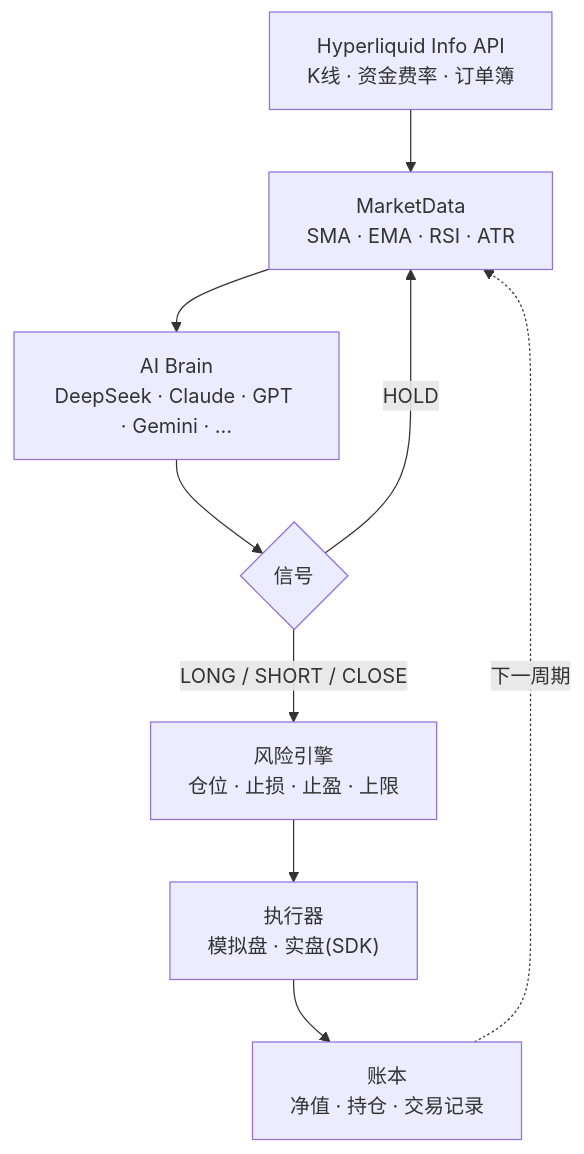
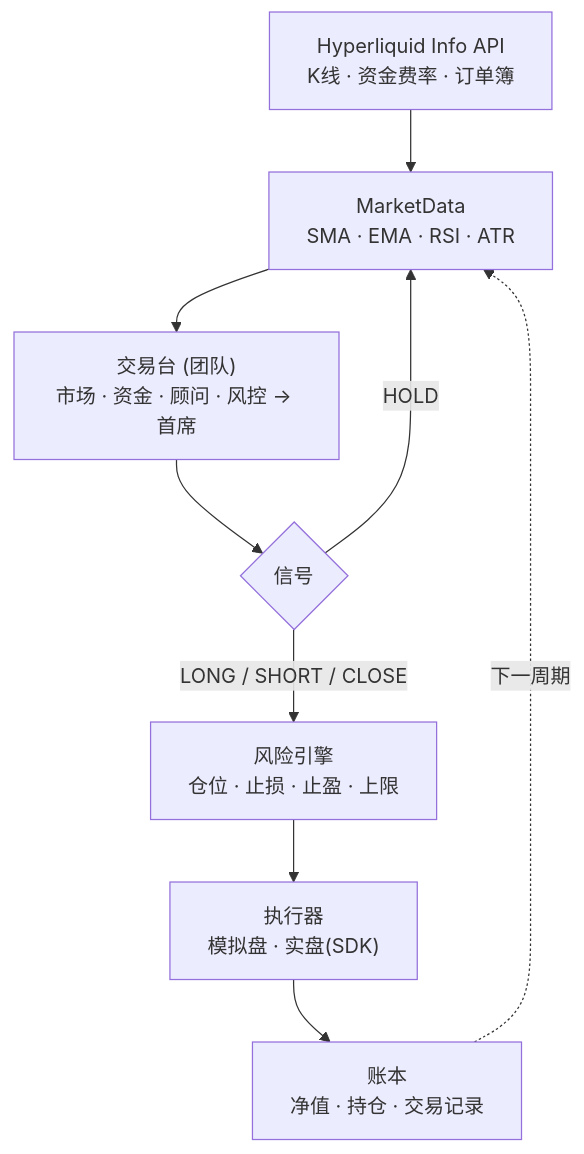
One commit to jepspows/oneechan changed the diagram in README.zh-CN.md. Above: the diagram before and after it, drawn with Mermaid. The commit also changed other lines of this file and 1 other file, not shown here.

````diff
--- a/README.zh-CN.md
+++ b/README.zh-CN.md
@@ -47,11 +50,11 @@
 ```mermaid
 flowchart TD
     A["Hyperliquid Info API<br/>K线 · 资金费率 · 订单簿"] --> B["MarketData<br/>SMA · EMA · RSI · ATR"]
-    B --> C["AI Brain<br/>DeepSeek · Claude · GPT · Gemini · …"]
+    B --> C["交易台 (团队)<br/>市场 · 资金 · 顾问 · 风控 → 首席"]
     C --> D{"信号"}
     D -->|"HOLD"| B
     D -->|"LONG / SHORT / CLOSE"| E["风险引擎<br/>仓位 · 止损 · 止盈 · 上限"]
     E --> F["执行器<br/>模拟盘 · 实盘(SDK)"]
     F --> G["账本<br/>净值 · 持仓 · 交易记录"]
     G -.->|"下一周期"| B
 ```
````
